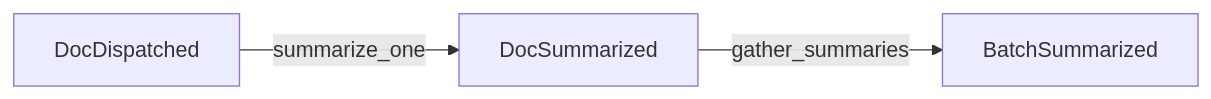
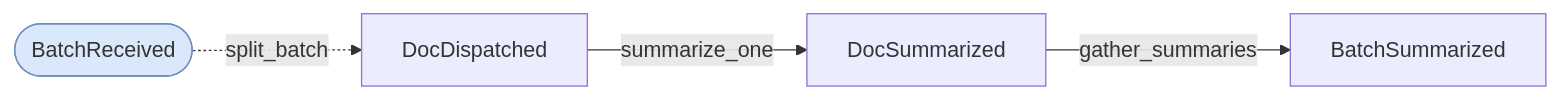
One commit to cadance-io/langgraph-events changed the diagram in examples/map_reduce.graph.md. Above: the diagram before and after it, drawn with Mermaid. The commit also changed 10 other files, not shown here.

First line of the commit message:
Add seed event styling and typed Scatter[T] to mermaid diagrams

````diff
--- a/examples/map_reduce.graph.md
+++ b/examples/map_reduce.graph.md
@@ -4,7 +4,9 @@
 ```mermaid
 graph LR
+    classDef seed fill:#dae8fc,stroke:#6c8ebf
+    BatchReceived([BatchReceived]):::seed
+    BatchReceived -.->|split_batch| DocDispatched
     DocDispatched -->|summarize_one| DocSummarized
     DocSummarized -->|gather_summaries| BatchSummarized
-%% Scatter handlers: split_batch (BatchReceived)
 %% Side-effect handlers: audit_trail (Auditable)
 ```
````
